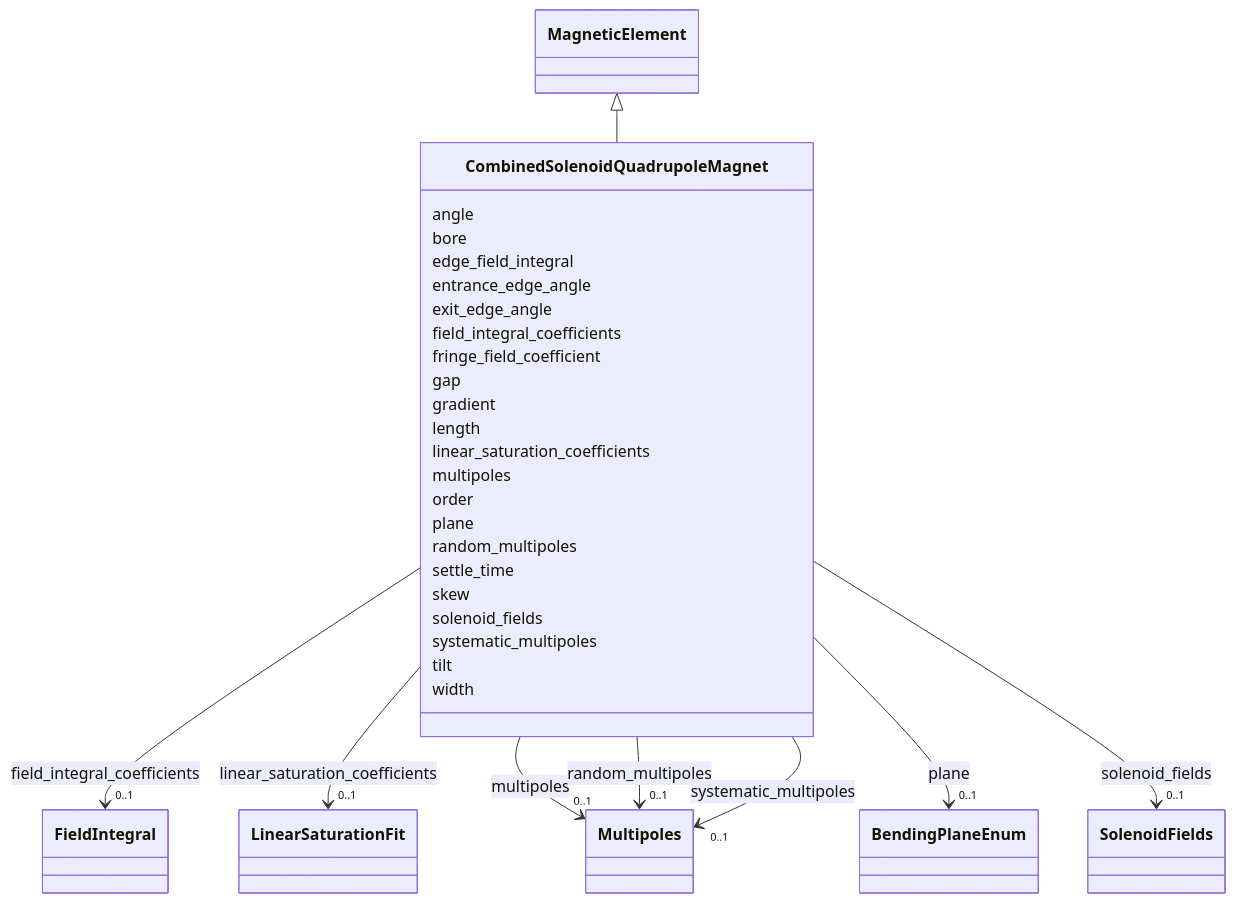
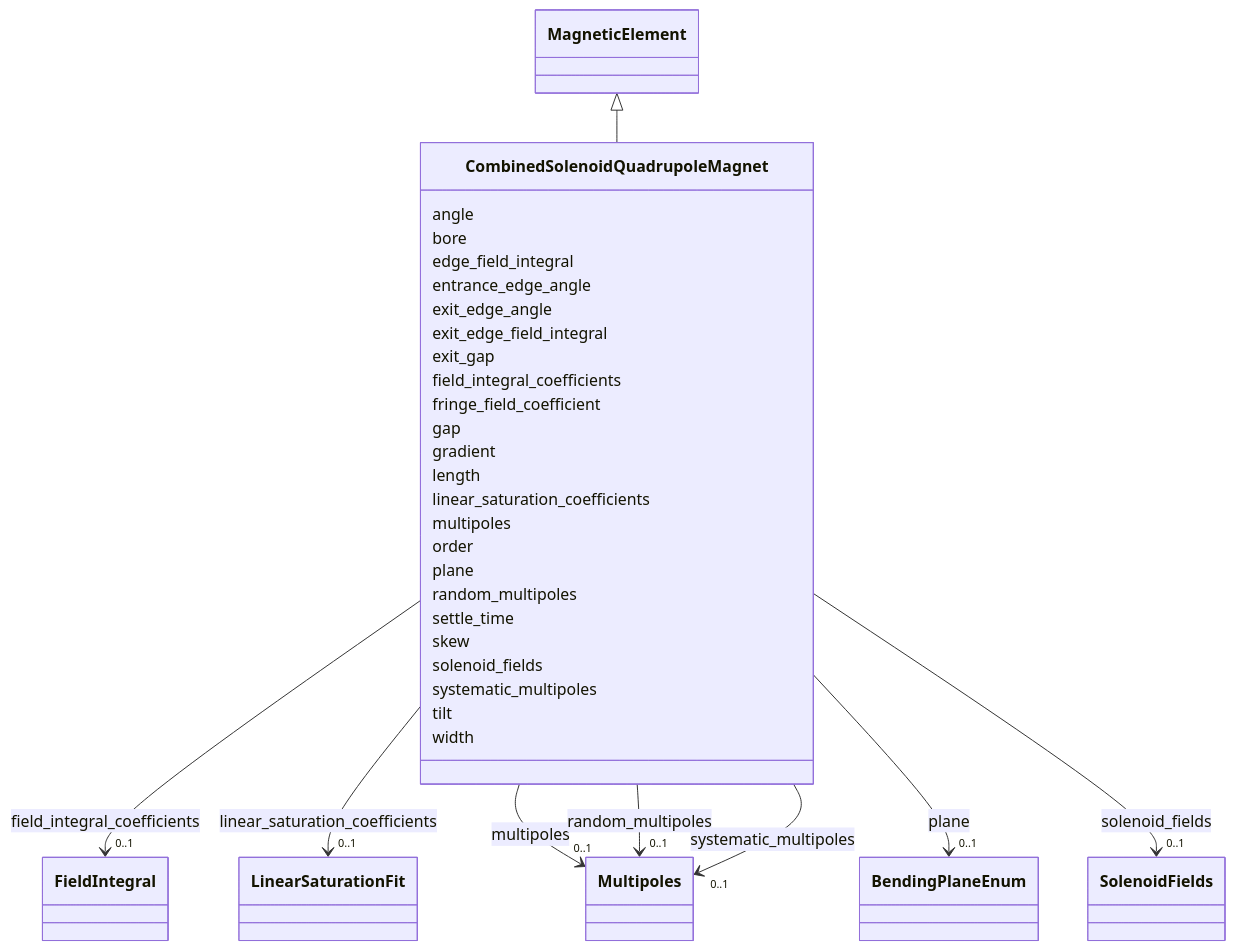
Before and after one commit to astec-stfc/laura: the diagram in docs/source/schema/CombinedSolenoidQuadrupoleMagnet.md, drawn with Mermaid. The commit also changed other lines of this file and 54 other files, not shown here.

Commit message:
had to add exit_fringe_integral since it can be asymmetric.....

```diff
--- a/docs/source/schema/CombinedSolenoidQuadrupoleMagnet.md
+++ b/docs/source/schema/CombinedSolenoidQuadrupoleMagnet.md
@@ -31,6 +31,10 @@
       CombinedSolenoidQuadrupoleMagnet : entrance_edge_angle
         
       CombinedSolenoidQuadrupoleMagnet : exit_edge_angle
+        
+      CombinedSolenoidQuadrupoleMagnet : exit_edge_field_integral
+        
+      CombinedSolenoidQuadrupoleMagnet : exit_gap
         
       CombinedSolenoidQuadrupoleMagnet : field_integral_coefficients
         
```
